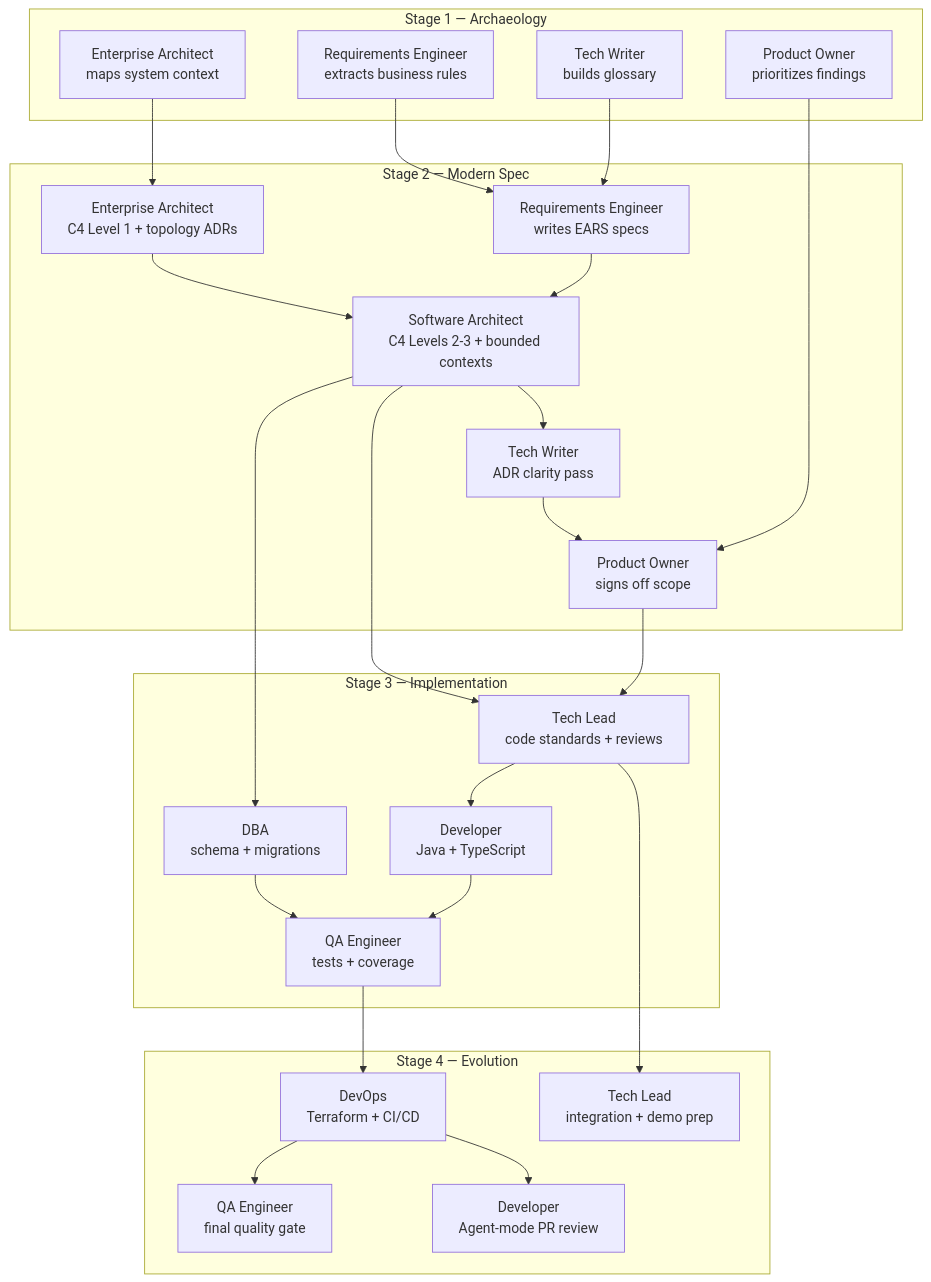
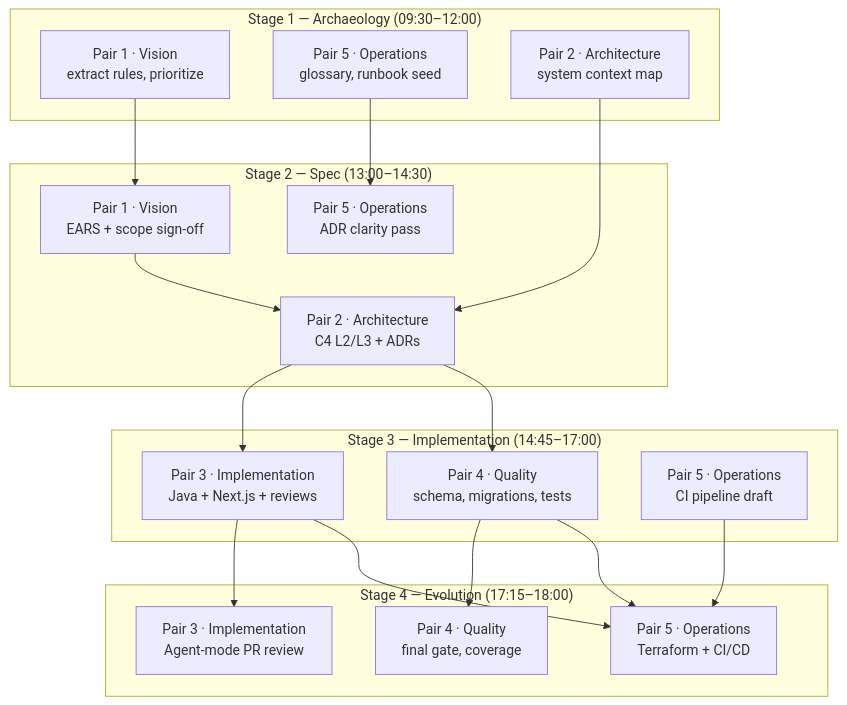
The diagram in TEAM-FLOW.md (paulasilvatech/hackathon-datacorp-team-kit), drawn with Mermaid before and after one commit. The commit also changed other lines of this file and 271 other files, not shown here.

````diff
--- a/TEAM-FLOW.md
+++ b/TEAM-FLOW.md
@@ -55,53 +87,40 @@
 ```mermaid
 flowchart TD
-    subgraph S1["Stage 1 — Archaeology"]
-        TW1[Tech Writer<br/>builds glossary]
-        RE1[Requirements Engineer<br/>extracts business rules]
-        EA1[Enterprise Architect<br/>maps system context]
-        PO1[Product Owner<br/>prioritizes findings]
-    end
+ subgraph S1["Stage 1 — Archaeology (09:30–12:00)"]
+ P1A[Pair 1 · Vision<br/>extract rules, prioritize]
+ P5A[Pair 5 · Operations<br/>glossary, runbook seed]
+ P2A[Pair 2 · Architecture<br/>system context map]
+ end
 
-    subgraph S2["Stage 2 — Modern Spec"]
-        RE2[Requirements Engineer<br/>writes EARS specs]
-        EA2[Enterprise Architect<br/>C4 Level 1 + topology ADRs]
-        SA2[Software Architect<br/>C4 Levels 2-3 + bounded contexts]
-        TW2[Tech Writer<br/>ADR clarity pass]
-        PO2[Product Owner<br/>signs off scope]
-    end
+ subgraph S2["Stage 2 — Spec (13:00–14:30)"]
+ P1B[Pair 1 · Vision<br/>EARS + scope sign-off]
+ P2B[Pair 2 · Architecture<br/>C4 L2/L3 + ADRs]
+ P5B[Pair 5 · Operations<br/>ADR clarity pass]
+ end
 
-    subgraph S3["Stage 3 — Implementation"]
-        TL3[Tech Lead<br/>code standards + reviews]
-        DEV3[Developer<br/>Java + TypeScript]
-        DBA3[DBA<br/>schema + migrations]
-        QA3[QA Engineer<br/>tests + coverage]
-    end
+ subgraph S3["Stage 3 — Implementation (14:45–17:00)"]
+ P3A[Pair 3 · Implementation<br/>Java + Next.js + reviews]
+ P4A[Pair 4 · Quality<br/>schema, migrations, tests]
+ P5C[Pair 5 · Operations<br/>CI pipeline draft]
+ end
 
-    subgraph S4["Stage 4 — Evolution"]
-        DO4[DevOps<br/>Terraform + CI/CD]
-        TL4[Tech Lead<br/>integration + demo prep]
-        QA4[QA Engineer<br/>final quality gate]
-        DEV4[Developer<br/>Agent-mode PR review]
-    end
+ subgraph S4["Stage 4 — Evolution (17:15–18:00)"]
+ P5D[Pair 5 · Operations<br/>Terraform + CI/CD]
+ P3B[Pair 3 · Implementation<br/>Agent-mode PR review]
+ P4B[Pair 4 · Quality<br/>final gate, coverage]
+ end
 
-    TW1 --> RE2
-    RE1 --> RE2
-    EA1 --> EA2
-    PO1 --> PO2
+ P1A --> P1B
+ P5A --> P5B
+ P2A --> P2B
 
-    RE2 --> SA2
-    EA2 --> SA2
-    SA2 --> TW2
-    TW2 --> PO2
+ P1B --> P2B
+ P2B --> P3A
+ P2B --> P4A
 
-    PO2 --> TL3
-    SA2 --> TL3
-    TL3 --> DEV3
-    SA2 --> DBA3
-    DEV3 --> QA3
-    DBA3 --> QA3
-
-    QA3 --> DO4
-    TL3 --> TL4
-    DO4 --> QA4
-    DO4 --> DEV4
+ P3A --> P3B
+ P4A --> P4B
+ P3A --> P5D
+ P4A --> P5D
+ P5C --> P5D
 ```
````
